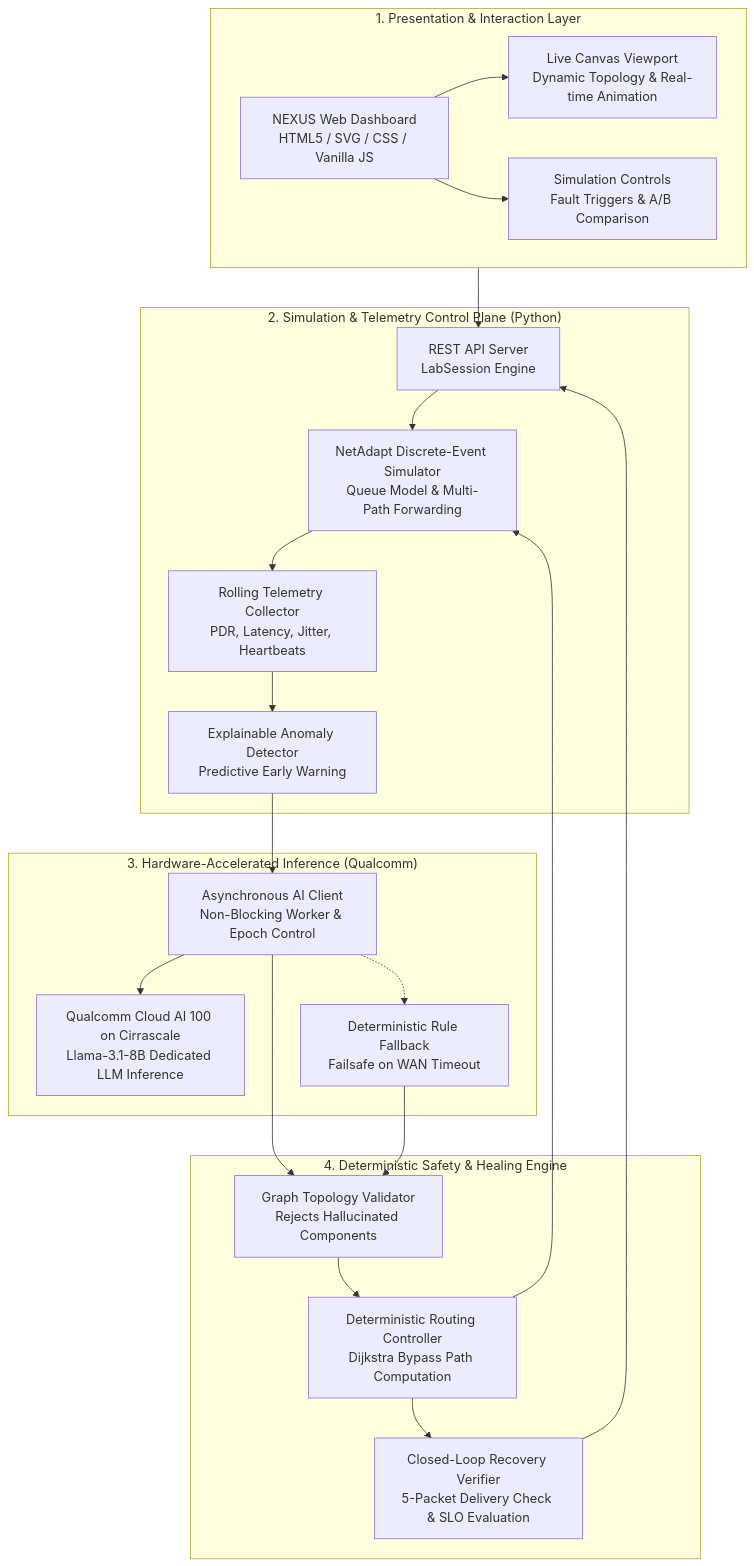
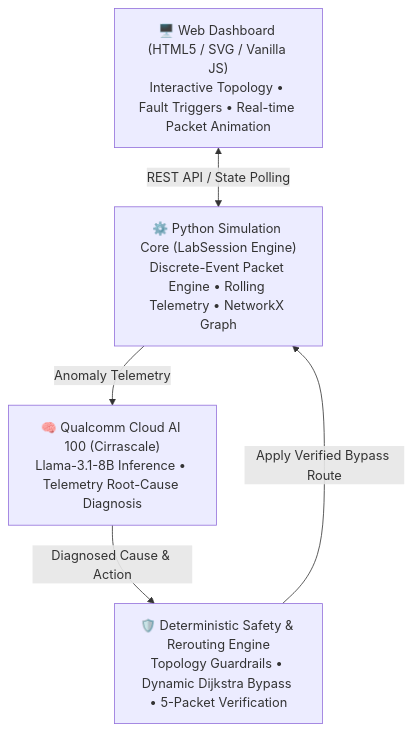
Before and after one commit to Reya-Doshi/Nexus: the first of 2 diagrams in README.md, drawn with Mermaid.

Commit message:
docs: streamline system architecture to clean 4-block diagram

````diff
--- a/README.md
+++ b/README.md
@@ -22,43 +22,15 @@
 ```mermaid
 flowchart TB
-    subgraph PRESENTATION ["1. Presentation & Interaction Layer"]
-        UI["NEXUS Web Dashboard<br/>HTML5 / SVG / CSS / Vanilla JS"]
-        CANVAS["Live Canvas Viewport<br/>Dynamic Topology & Real-time Animation"]
-        CONTROLS["Simulation Controls<br/>Fault Triggers & A/B Comparison"]
-        UI --> CANVAS
-        UI --> CONTROLS
-    end
+    UI["🖥️ Web Dashboard (HTML5 / SVG / Vanilla JS)<br/>Interactive Topology • Fault Triggers • Real-time Packet Animation"]
 
-    subgraph ENGINE ["2. Simulation & Telemetry Control Plane (Python)"]
-        API["REST API Server<br/>LabSession Engine"]
-        SIM["NetAdapt Discrete-Event Simulator<br/>Queue Model & Multi-Path Forwarding"]
-        TELEM["Rolling Telemetry Collector<br/>PDR, Latency, Jitter, Heartbeats"]
-        DETECTOR["Explainable Anomaly Detector<br/>Predictive Early Warning"]
-        API --> SIM
-        SIM --> TELEM
-        TELEM --> DETECTOR
-    end
+    SIM["⚙️ Python Simulation Core (LabSession Engine)<br/>Discrete-Event Packet Engine • Rolling Telemetry • NetworkX Graph"]
 
-    subgraph AI_LAYER ["3. Hardware-Accelerated Inference (Qualcomm)"]
-        AI_CLIENT["Asynchronous AI Client<br/>Non-Blocking Worker & Epoch Control"]
-        Q_CLOUD["Qualcomm Cloud AI 100 on Cirrascale<br/>Llama-3.1-8B Dedicated LLM Inference"]
-        RULE_FB["Deterministic Rule Fallback<br/>Failsafe on WAN Timeout"]
-        AI_CLIENT --> Q_CLOUD
-        AI_CLIENT -.-> RULE_FB
-    end
+    AI["🧠 Qualcomm Cloud AI 100 (Cirrascale)<br/>Llama-3.1-8B Inference • Telemetry Root-Cause Diagnosis"]
 
-    subgraph SAFETY_LAYER ["4. Deterministic Safety & Healing Engine"]
-        GUARD["Graph Topology Validator<br/>Rejects Hallucinated Components"]
-        HEALING["Deterministic Routing Controller<br/>Dijkstra Bypass Path Computation"]
-        VERIFY["Closed-Loop Recovery Verifier<br/>5-Packet Delivery Check & SLO Evaluation"]
-        GUARD --> HEALING
-        HEALING --> VERIFY
-    end
+    HEAL["🛡️ Deterministic Safety & Rerouting Engine<br/>Topology Guardrails • Dynamic Dijkstra Bypass • 5-Packet Verification"]
 
-    PRESENTATION --> API
-    DETECTOR --> AI_CLIENT
-    AI_CLIENT --> GUARD
-    RULE_FB --> GUARD
-    HEALING --> SIM
-    VERIFY --> API
+    UI <--> |"REST API / State Polling"| SIM
+    SIM --> |"Anomaly Telemetry"| AI
+    AI --> |"Diagnosed Cause & Action"| HEAL
+    HEAL --> |"Apply Verified Bypass Route"| SIM
 ```
````
